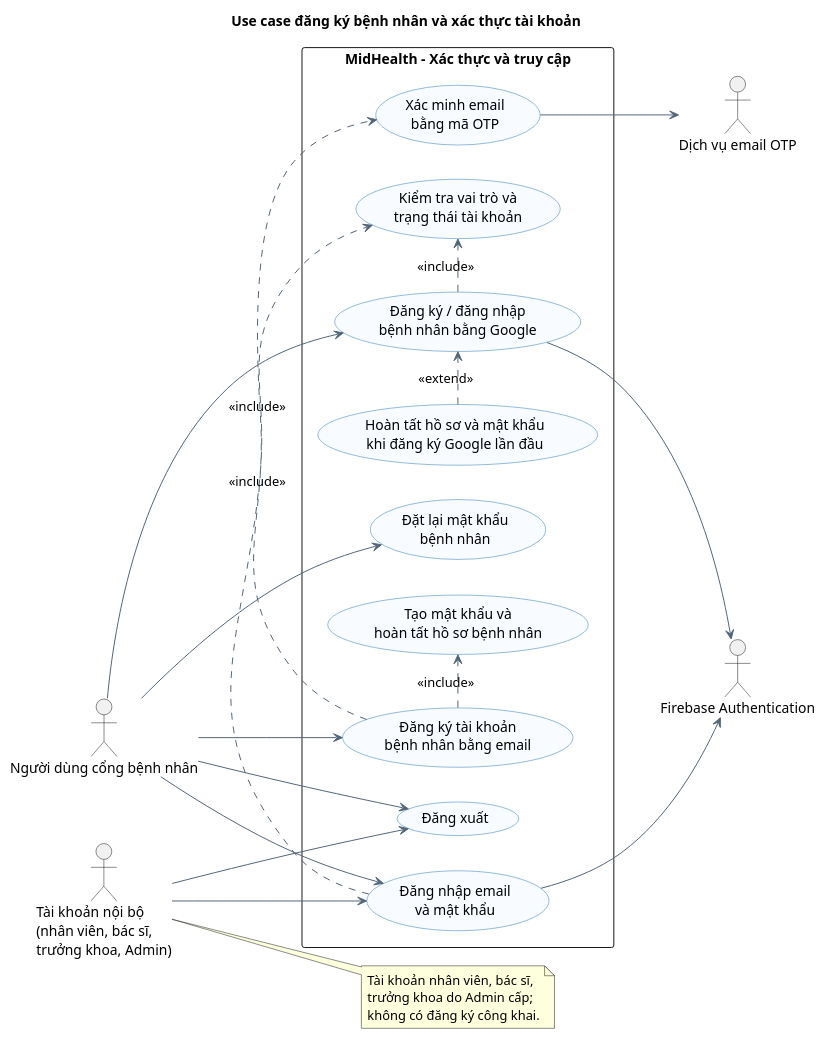
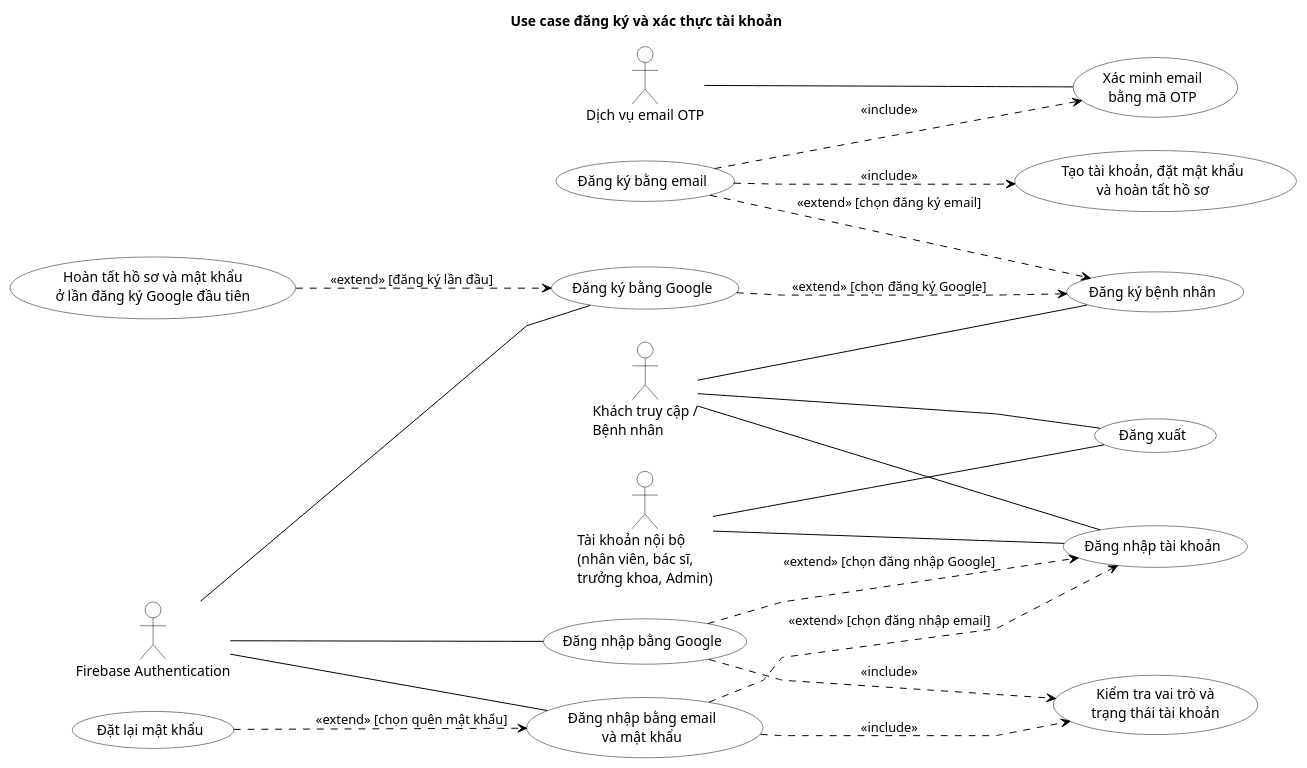
The diagram in diagram/plantuml/usecase/02_xac_thuc_tai_khoan.puml (hoang09082k4/MidHealth), drawn with PlantUML before and after one commit. The commit also changed 39 other files, not shown here.

```diff
--- a/diagram/plantuml/usecase/02_xac_thuc_tai_khoan.puml
+++ b/diagram/plantuml/usecase/02_xac_thuc_tai_khoan.puml
@@ -1,50 +1,64 @@
 @startuml
 left to right direction
-skinparam packageStyle rectangle
+skinparam backgroundColor #FFFFFF
+skinparam shadowing false
+skinparam linetype polyline
+skinparam ArrowThickness 1
+skinparam nodesep 32
+skinparam ranksep 38
 skinparam actorStyle stickman
-skinparam shadowing false
+skinparam actor {
+  BackgroundColor #FFFFFF
+  BorderColor #000000
+  FontColor #000000
+}
 skinparam usecase {
-  BackgroundColor #F8FBFF
-  BorderColor #2878B8
-  ArrowColor #526579
+  BackgroundColor #FFFFFF
+  BorderColor #000000
+  FontColor #000000
+  ArrowColor #000000
 }
-title Use case đăng ký bệnh nhân và xác thực tài khoản
+title Use case đăng ký và xác thực tài khoản
 
-actor "Người dùng cổng bệnh nhân" as Patient
+actor "Khách truy cập /\nBệnh nhân" as Patient
 actor "Tài khoản nội bộ\n(nhân viên, bác sĩ,\ntrưởng khoa, Admin)" as InternalUser
 actor "Dịch vụ email OTP" as Email
 actor "Firebase Authentication" as Firebase
 
-rectangle "MidHealth - Xác thực và truy cập" {
-  usecase "Đăng ký tài khoản\nbệnh nhân bằng email" as RegisterEmail
+  usecase "Đăng ký bệnh nhân" as Register
+  usecase "Đăng ký bằng email" as RegisterEmail
+  usecase "Đăng ký bằng Google" as RegisterGoogle
   usecase "Xác minh email\nbằng mã OTP" as VerifyOTP
-  usecase "Tạo mật khẩu và\nhoàn tất hồ sơ bệnh nhân" as CompleteRegistration
-  usecase "Đăng ký / đăng nhập\nbệnh nhân bằng Google" as GooglePatient
-  usecase "Hoàn tất hồ sơ và mật khẩu\nkhi đăng ký Google lần đầu" as CompleteGoogleProfile
-  usecase "Đăng nhập email\nvà mật khẩu" as Login
+  usecase "Tạo tài khoản, đặt mật khẩu\nvà hoàn tất hồ sơ" as CompleteRegistration
+  usecase "Hoàn tất hồ sơ và mật khẩu\nở lần đăng ký Google đầu tiên" as CompleteGoogle
+
+  usecase "Đăng nhập tài khoản" as Login
+  usecase "Đăng nhập bằng email\nvà mật khẩu" as LoginEmail
+  usecase "Đăng nhập bằng Google" as LoginGoogle
+  usecase "Đặt lại mật khẩu" as ResetPassword
   usecase "Kiểm tra vai trò và\ntrạng thái tài khoản" as CheckAccess
-  usecase "Đặt lại mật khẩu\nbệnh nhân" as ResetPassword
   usecase "Đăng xuất" as Logout
-}
 
-Patient --> RegisterEmail
-Patient --> GooglePatient
-Patient --> ResetPassword
-Patient --> Login
-Patient --> Logout
-InternalUser --> Login
-InternalUser --> Logout
-RegisterEmail .> VerifyOTP : <<include>>
-RegisterEmail .> CompleteRegistration : <<include>>
-VerifyOTP --> Email
-Login .> CheckAccess : <<include>>
-GooglePatient .> CheckAccess : <<include>>
-CompleteGoogleProfile .> GooglePatient : <<extend>>
-Login --> Firebase
-GooglePatient --> Firebase
-note right of InternalUser
-  Tài khoản nhân viên, bác sĩ,
-  trưởng khoa do Admin cấp;
-  không có đăng ký công khai.
-end note
+Patient -- Register
+Patient -- Login
+Patient -- Logout
+InternalUser -- Login
+InternalUser -- Logout
+Email -- VerifyOTP
+Firebase -- RegisterGoogle
+Firebase -- LoginEmail
+Firebase -- LoginGoogle
+
+RegisterEmail ..> Register : <<extend>> [chọn đăng ký email]
+RegisterGoogle ..> Register : <<extend>> [chọn đăng ký Google]
+RegisterEmail ..> VerifyOTP : <<include>>
+RegisterEmail ..> CompleteRegistration : <<include>>
+CompleteGoogle ..> RegisterGoogle : <<extend>> [đăng ký lần đầu]
+LoginEmail ..> Login : <<extend>> [chọn đăng nhập email]
+LoginGoogle ..> Login : <<extend>> [chọn đăng nhập Google]
+ResetPassword ..> LoginEmail : <<extend>> [chọn quên mật khẩu]
+LoginEmail ..> CheckAccess : <<include>>
+LoginGoogle ..> CheckAccess : <<include>>
+
+
 @enduml
```
